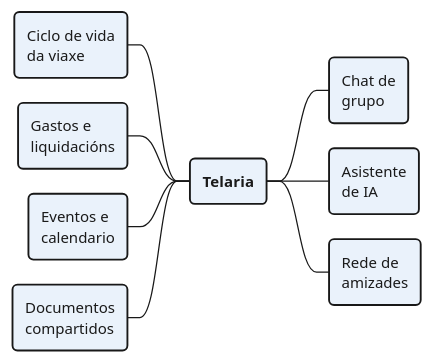
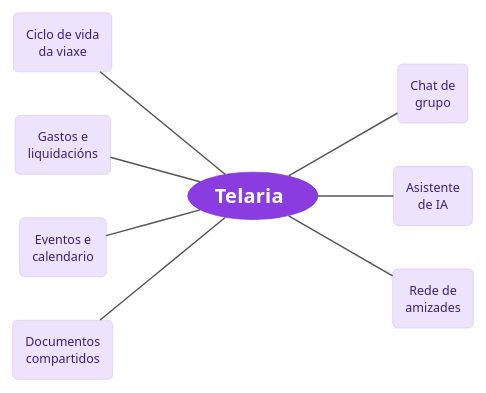
The diagram in memoria/diagrams/funcionalidades-telaria.puml (JorgeOteroPailos/tfg), drawn with PlantUML before and after one commit. The commit also changed 24 other files, not shown here.

```diff
--- a/memoria/diagrams/funcionalidades-telaria.puml
+++ b/memoria/diagrams/funcionalidades-telaria.puml
@@ -1,32 +1,40 @@
-@startmindmap funcionalidades-telaria
+@startuml
+left to right direction
 skinparam shadowing false
-<style>
-mindmapDiagram {
-  rootNode {
-    BackgroundColor #2E6DA4
-    FontColor white
-    FontSize 16
-    FontStyle bold
-    BorderColor #1A4A7A
-    RoundCorner 12
-  }
-  node {
-    BackgroundColor #EAF2FB
-    BorderColor #2E6DA4
-    FontColor #1A1A1A
-    FontSize 12
-    RoundCorner 8
-  }
+skinparam usecase {
+  BackgroundColor #8b3ce0
+  BorderColor #6d28d9
+  FontColor white
+  FontStyle bold
+  FontSize 16
 }
-</style>
+skinparam rectangle {
+  BackgroundColor #ede3fd
+  BorderColor #d4c2f9
+  FontColor #3d1e7a
+  FontSize 10
+  RoundCorner 8
+}
+skinparam ArrowColor #555555
+skinparam ArrowThickness 1.2
+skinparam defaultTextAlignment center
 
-* Telaria
-** Chat de\ngrupo
-** Asistente\nde IA
-** Rede de\namizades
-left side
-** Ciclo de vida\nda viaxe
-** Gastos e\nliquidacións
-** Eventos e\ncalendario
-** Documentos\ncompartidos
-@endmindmap
+rectangle "Ciclo de vida\nda viaxe" as C
+rectangle "Gastos e\nliquidacións" as G
+rectangle "Eventos e\ncalendario" as E
+rectangle "Documentos\ncompartidos" as D
+
+usecase "Telaria" as T
+
+rectangle "Chat de\ngrupo" as CH
+rectangle "Asistente\nde IA" as AI
+rectangle "Rede de\namizades" as R
+
+C -- T
+G -- T
+E -- T
+D -- T
+T -- CH
+T -- AI
+T -- R
+@enduml
```
